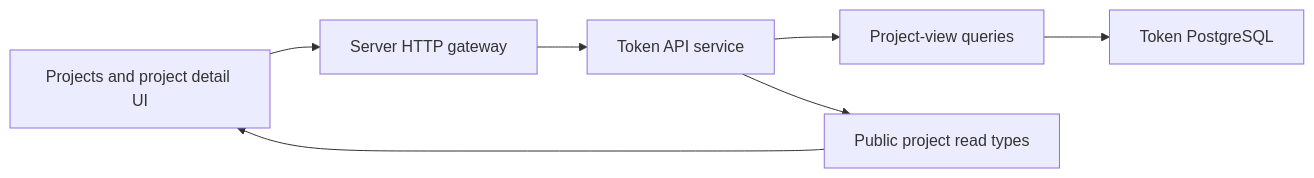
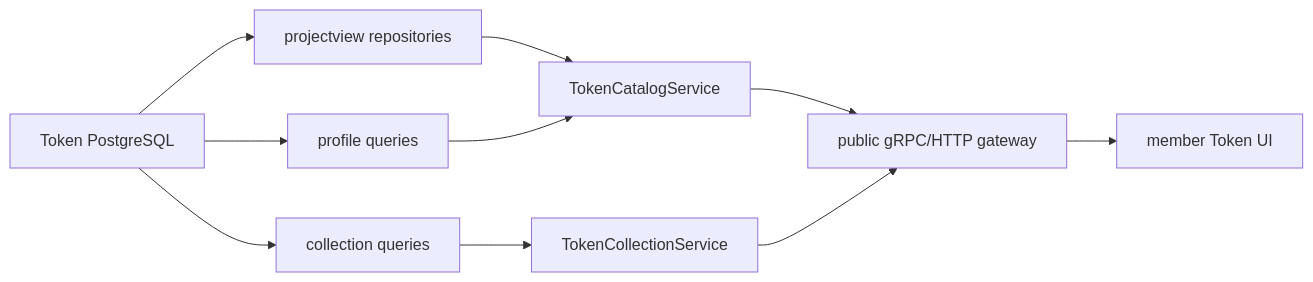
One commit to useryege/athena-o changed the diagram in docs/design/token-intelligence/project-read-model.md. Above: the diagram before and after it, drawn with Mermaid. The commit also changed other lines of this file and 165 other files, not shown here.

````diff
--- a/docs/design/token-intelligence/project-read-model.md
+++ b/docs/design/token-intelligence/project-read-model.md
@@ -39,9 +28,12 @@
 ```mermaid
 flowchart LR
-    UI["Projects and project detail UI"] --> GW["Server HTTP gateway"]
-    GW --> API["Token API service"]
-    API --> Q["Project-view queries"]
-    Q --> PG["Token PostgreSQL"]
-    API --> DTO["Public project read types"]
-    DTO --> UI
+    DB["Token PostgreSQL"] --> PV["projectview repositories"]
+    DB --> PQ["profile queries"]
+    DB --> CQ["collection queries"]
+    PV --> API["TokenCatalogService"]
+    PQ --> API
+    CQ --> CA["TokenCollectionService"]
+    API --> GW["public gRPC/HTTP gateway"]
+    CA --> GW
+    GW --> UI["member Token UI"]
 ```
````
